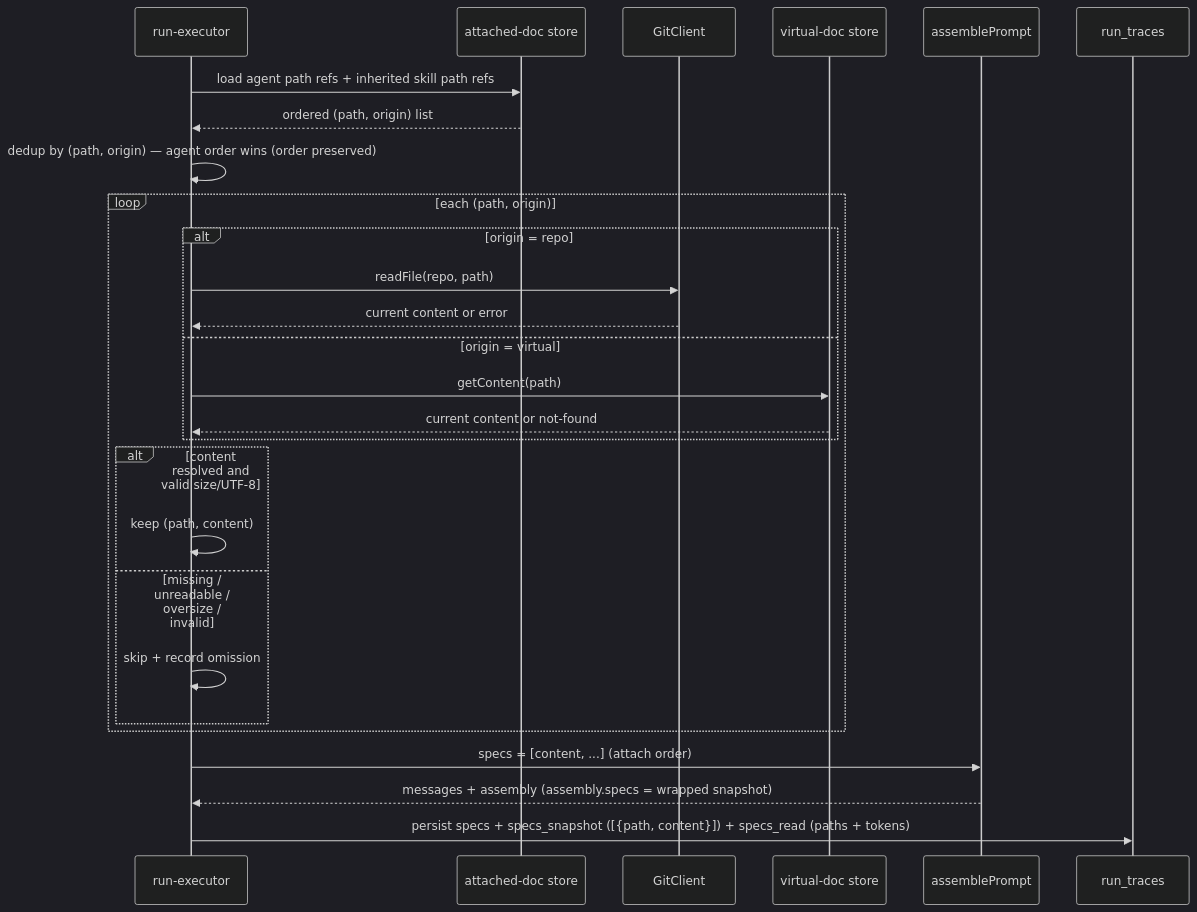
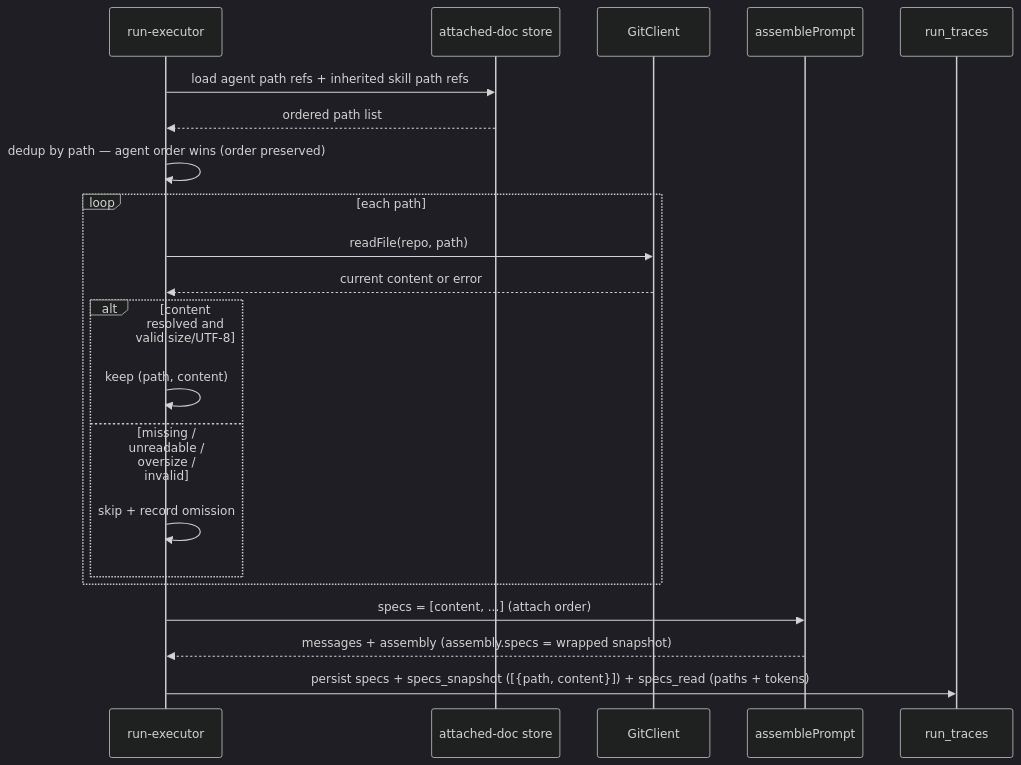
Before and after one commit to VaLeXaR/dev-digest: the second of 2 diagrams in specs/SPEC-2026-07-08-project-context.md, drawn with Mermaid (dark theme). The commit also changed other lines of this file, not shown here.

````diff
--- a/specs/SPEC-2026-07-08-project-context.md
+++ b/specs/SPEC-2026-07-08-project-context.md
@@ -197,29 +236,23 @@
 ```mermaid
 sequenceDiagram
   participant RX as run-executor
   participant ST as attached-doc store
   participant GC as GitClient
-  participant VS as virtual-doc store
   participant AP as assemblePrompt
   participant RT as run_traces
   RX->>ST: load agent path refs + inherited skill path refs
-  ST-->>RX: ordered (path, origin) list
-  RX->>RX: dedup by (path, origin) — agent order wins (order preserved)
-  loop each (path, origin)
-    alt origin = repo
-      RX->>GC: readFile(repo, path)
-      GC-->>RX: current content or error
-    else origin = virtual
-      RX->>VS: getContent(path)
-      VS-->>RX: current content or not-found
-    end
+  ST-->>RX: ordered path list
+  RX->>RX: dedup by path — agent order wins (order preserved)
+  loop each path
+    RX->>GC: readFile(repo, path)
+    GC-->>RX: current content or error
     alt content resolved and valid size/UTF-8
       RX->>RX: keep (path, content)
     else missing / unreadable / oversize / invalid
       RX->>RX: skip + record omission
     end
   end
   RX->>AP: specs = [content, ...] (attach order)
   AP-->>RX: messages + assembly (assembly.specs = wrapped snapshot)
   RX->>RT: persist specs + specs_snapshot ([{path, content}]) + specs_read (paths + tokens)
 ```
````
